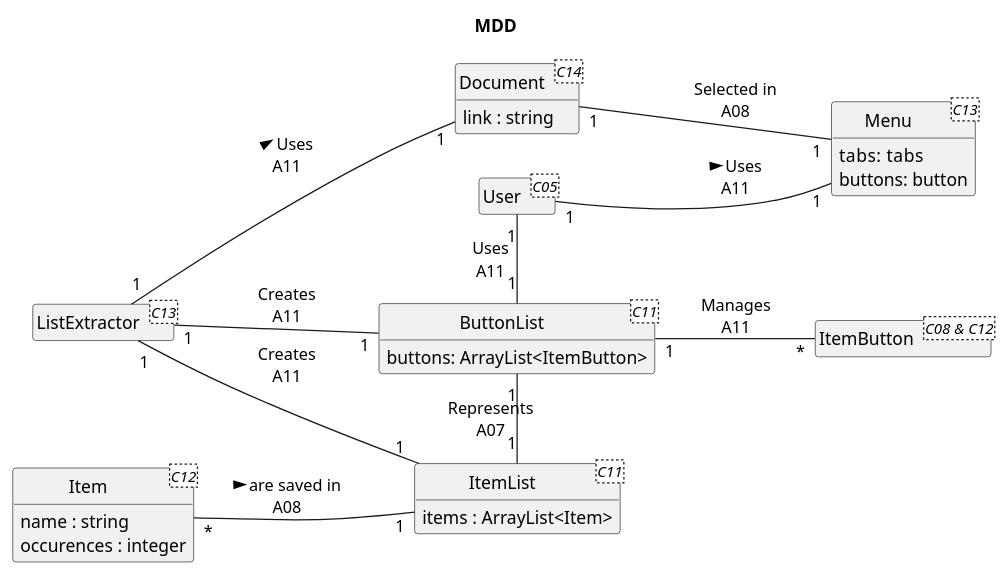
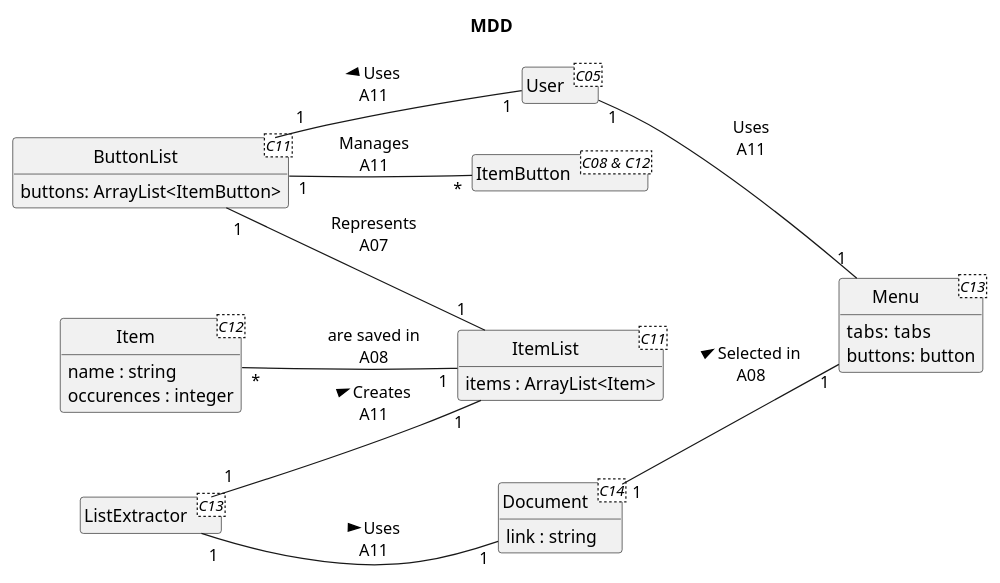
The diagram in docs/MDD/mdd_v1.puml (vexys001/RandoTracker), drawn with PlantUML before and after one commit. The commit also changed 4 other files, not shown here.

```diff
--- a/docs/MDD/mdd_v1.puml
+++ b/docs/MDD/mdd_v1.puml
@@ -1,52 +1,51 @@
 @startuml
 skinparam style strictuml
 skinparam defaultfontname Verdana
 skinparam ControlStereotypeFontColor #blue
 left to right direction
 hide empty members
 'skinparam linetype ortho
 
 title MDD
 
 class User <C05> {}
 
 class Menu <C13> {
     tabs:  tabs
     buttons: button
 }
 
 class ItemList <C11> {
     items : ArrayList<Item> 
 }
 class Item <C12>  {
   name : string
   occurences : integer
 }
 
 class ButtonList<C11>{
     buttons: ArrayList<ItemButton>
 }
 
 class ItemButton <C08 & C12> {}
 
 class ListExtractor <C13> {}
 
 class Document <C14> {
     link : string
 }
 
-Document "1" -- "1" Menu : Selected in\nA08
+Document "1" -- "1" Menu : > Selected in\nA08
 ListExtractor "1" -- "1" Document : > Uses\nA11
 
-User "1" -- "1" Menu : > Uses\nA11
-ButtonList "1" -l- "1" User :  Uses\nA11
+User "1" -- "1" Menu :  Uses\nA11
+ButtonList "1" -- "1" User : < Uses\nA11
 
-ListExtractor "1" -- "1" ButtonList :  Creates\nA11
-ListExtractor "1" -- "1" ItemList : Creates\nA11
+ListExtractor "1" -- "1" ItemList : > Creates\nA11
 
 ItemList "1" -l- "1" ButtonList : Represents\nA07
 ButtonList "1" -- "*" ItemButton : Manages\nA11
 
-Item "*" -- "1" ItemList : > are saved in\nA08
+Item "*" -- "1" ItemList : are saved in\nA08
 
 @enduml
```
